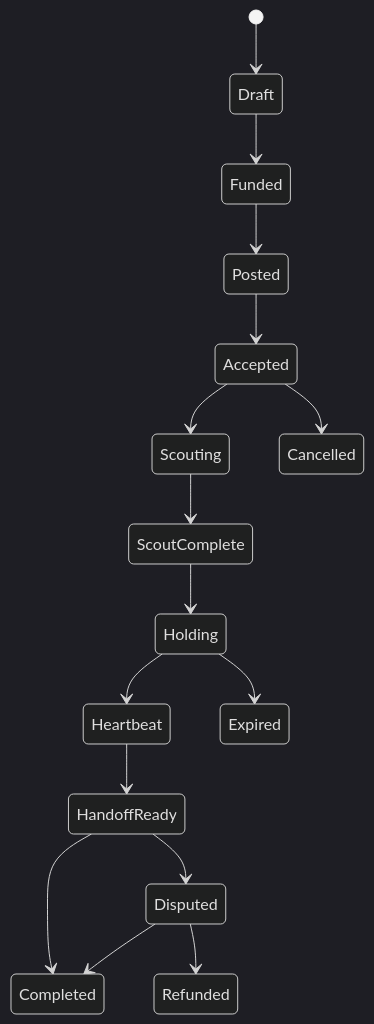
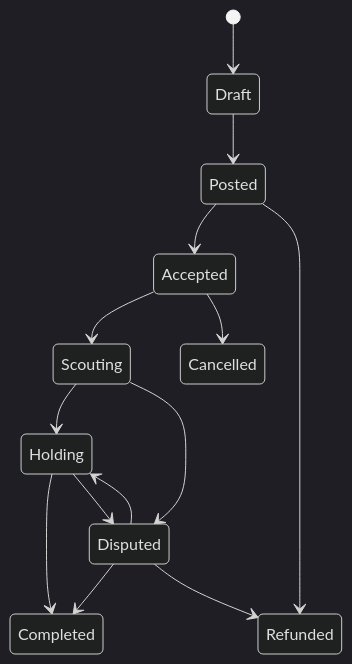
One commit to p0s/QueueKeeper changed the diagram in SPEC.md. Above: the diagram before and after it, drawn with Mermaid (dark theme). The commit also changed other lines of this file and 3 other files, not shown here.

````diff
--- a/SPEC.md
+++ b/SPEC.md
@@ -187,18 +254,16 @@
 ```mermaid
 stateDiagram-v2
- [*] --> Draft
- Draft --> Funded
- Funded --> Posted
- Posted --> Accepted
- Accepted --> Scouting
- Scouting --> ScoutComplete
- ScoutComplete --> Holding
- Holding --> Heartbeat
- Heartbeat --> HandoffReady
- HandoffReady --> Completed
- Accepted --> Cancelled
- Holding --> Expired
- HandoffReady --> Disputed
- Disputed --> Completed
- Disputed --> Refunded
+  [*] --> Draft
+  Draft --> Posted
+  Posted --> Accepted
+  Accepted --> Scouting
+  Scouting --> Holding
+  Holding --> Completed
+  Posted --> Refunded
+  Accepted --> Cancelled
+  Scouting --> Disputed
+  Holding --> Disputed
+  Disputed --> Holding
+  Disputed --> Completed
+  Disputed --> Refunded
 ```
````
